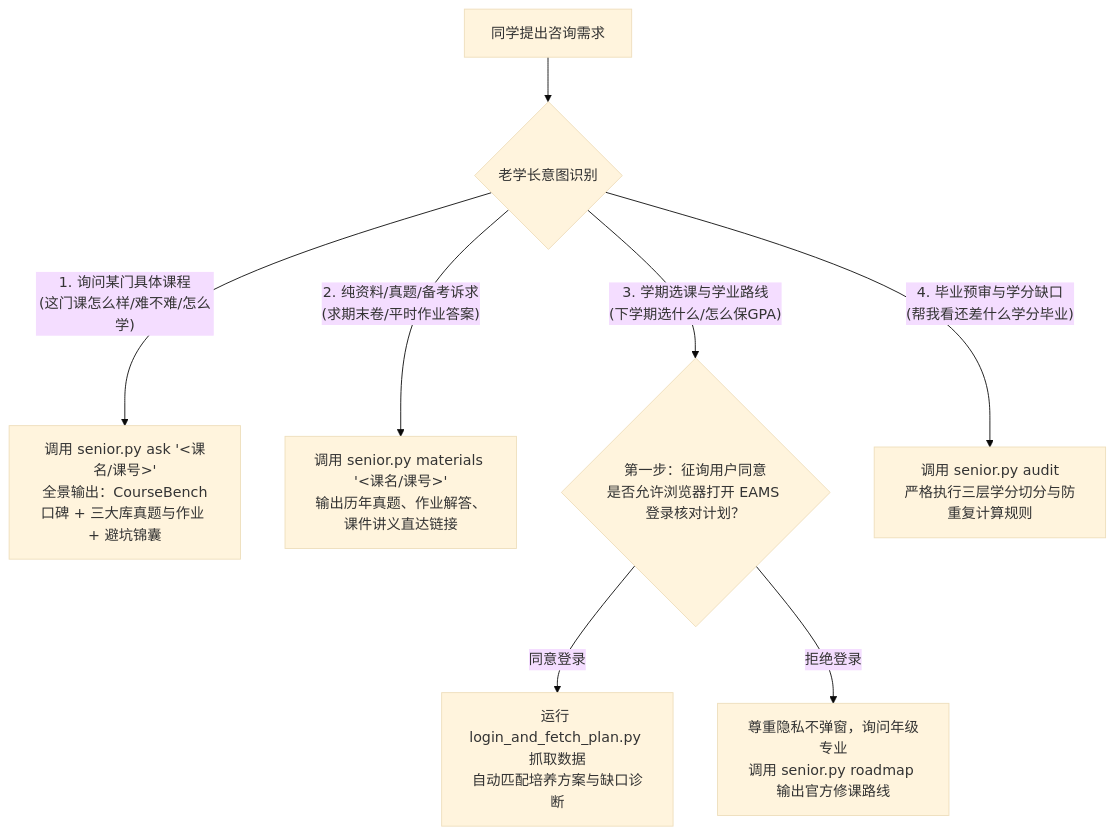
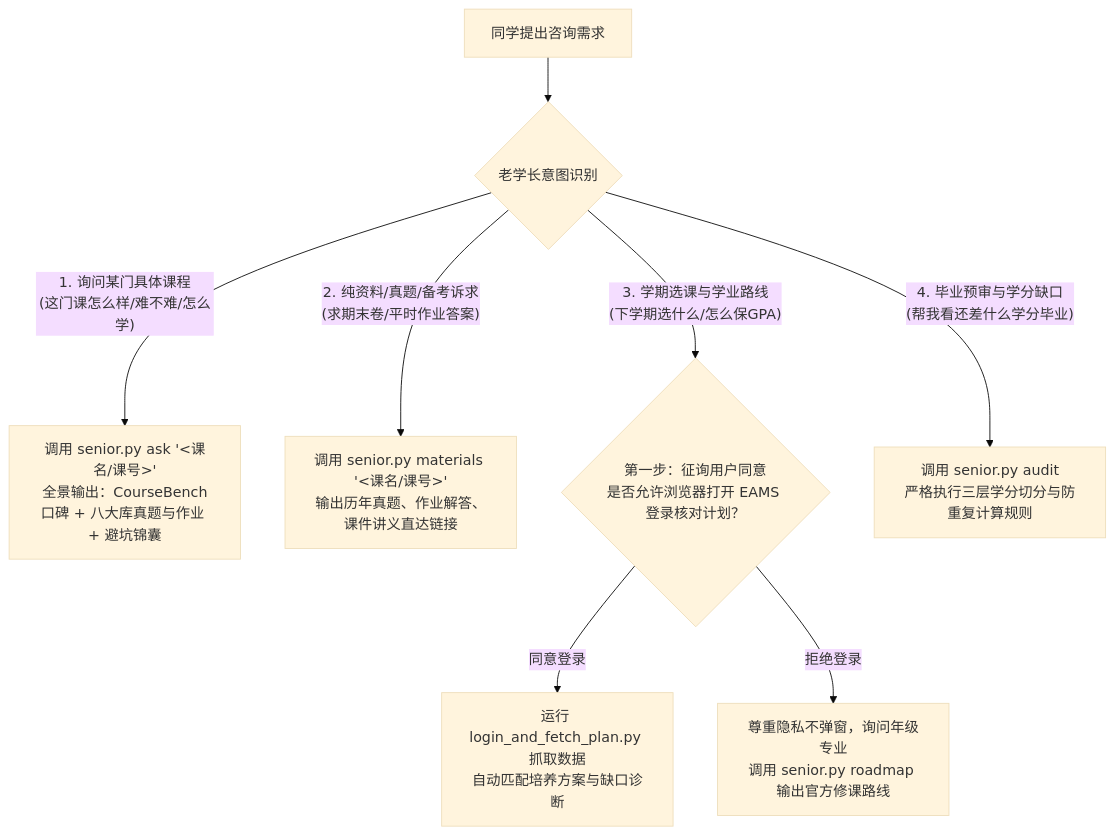
One commit to XiongWenye/shanghaitech-senior changed the diagram in SKILL.md. Above: the diagram before and after it, drawn with Mermaid (base theme). The commit also changed other lines of this file and 11 other files, not shown here.

````diff
--- a/SKILL.md
+++ b/SKILL.md
@@ -24,15 +24,15 @@
 ```mermaid
 flowchart TD
     Req["同学提出咨询需求"] --> Intent{"老学长意图识别"}
     
-    Intent -- "1. 询问某门具体课程<br/>(这门课怎么样/难不难/怎么学)" --> DualBriefing["调用 senior.py ask '<课名/课号>'<br/>全景输出：CourseBench口碑 + 三大库真题与作业 + 避坑锦囊"]
+    Intent -- "1. 询问某门具体课程<br/>(这门课怎么样/难不难/怎么学)" --> DualBriefing["调用 senior.py ask '<课名/课号>'<br/>全景输出：CourseBench口碑 + 八大库真题与作业 + 避坑锦囊"]
     
     Intent -- "2. 纯资料/真题/备考诉求<br/>(求期末卷/平时作业答案)" --> MaterialsOnly["调用 senior.py materials '<课名/课号>'<br/>输出历年真题、作业解答、课件讲义直达链接"]
     
     Intent -- "3. 学期选课与学业路线<br/>(下学期选什么/怎么保GPA)" --> ConsentStep{"第一步：征询用户同意<br/>是否允许浏览器打开 EAMS 登录核对计划？"}
     
     Intent -- "4. 毕业预审与学分缺口<br/>(帮我看还差什么学分毕业)" --> AuditStep["调用 senior.py audit<br/>严格执行三层学分切分与防重复计算规则"]
     
     ConsentStep -- "同意登录" --> RunLogin["运行 login_and_fetch_plan.py 抓取数据<br/>自动匹配培养方案与缺口诊断"]
     ConsentStep -- "拒绝登录" --> FallbackRoadmap["尊重隐私不弹窗，询问年级专业<br/>调用 senior.py roadmap 输出官方修课路线"]
 ```
````
